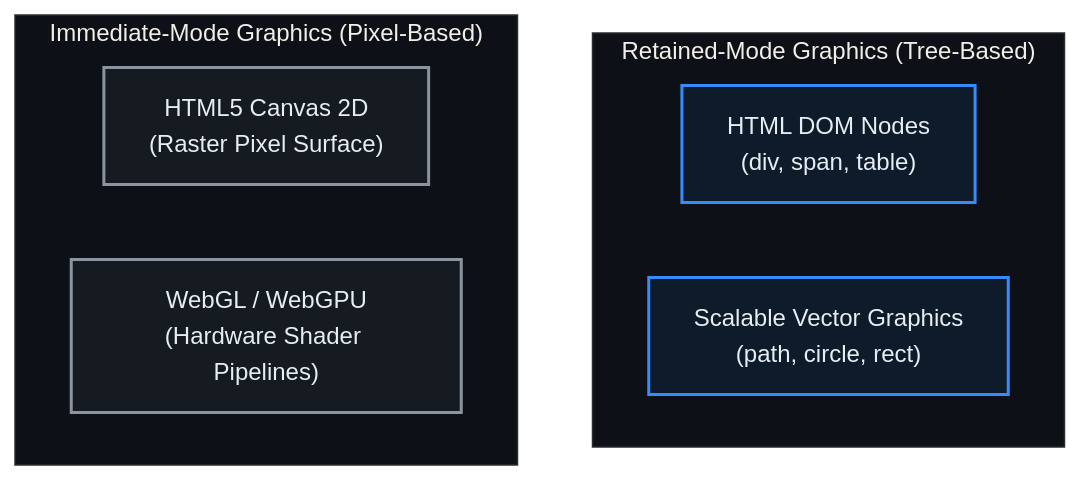
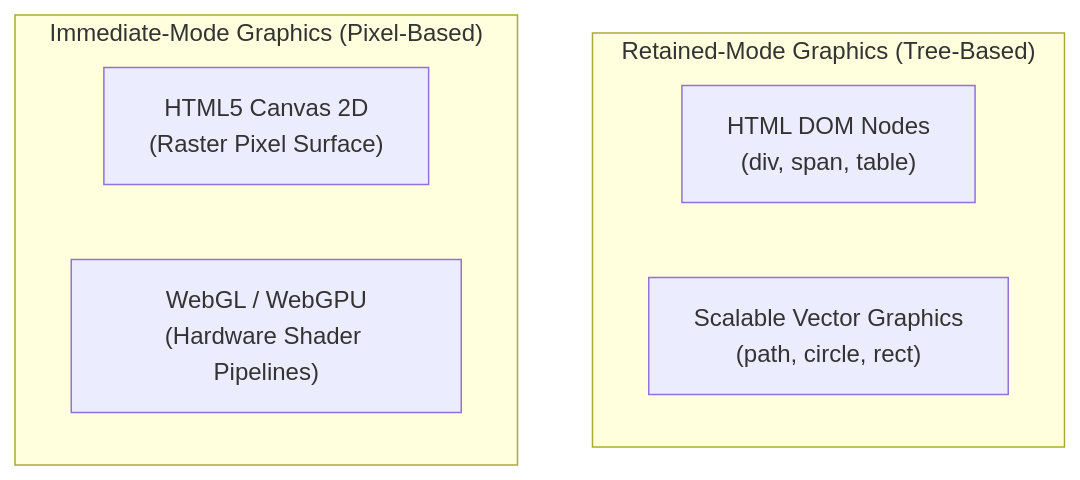
The diagram in docs/00-Domain-Mastery/lessons/14-Browser-Rendering-Engines.md (Novav20/The-Meridian-Grid), drawn with Mermaid before and after one commit. The commit also changed 15 other files, not shown here.

Commit message:
Clean up Mermaid lesson diagrams

````diff
--- a/docs/00-Domain-Mastery/lessons/14-Browser-Rendering-Engines.md
+++ b/docs/00-Domain-Mastery/lessons/14-Browser-Rendering-Engines.md
@@ -69,29 +69,13 @@
 ```mermaid
-%%{init: {
-  'theme': 'base',
-  'themeVariables': {
-    'darkMode': true,
-    'primaryColor': '#1E222B',
-    'primaryTextColor': '#E6EDF3',
-    'primaryBorderColor': '#388BFD',
-    'lineColor': '#388BFD',
-    'secondaryColor': '#16191F',
-    'tertiaryColor': '#0D1117',
-    'edgeLabelBackground': '#16191F'
-  },
-  'themeCSS': '.edgeLabel { color: #E6EDF3 !important; } .edgeLabel rect { fill: #16191F !important; } .label { color: #E6EDF3 !important; } .cluster-label span { color: #E6EDF3 !important; }'
-}}%%
 graph TD
-    classDef retained fill:#0d1b2a,stroke:#388bfd,stroke-width:2px,color:#e6edf3
-    classDef immediate fill:#161b22,stroke:#8b949e,stroke-width:2px,color:#e6edf3
 
     subgraph Retained_Mode ["Retained-Mode Graphics (Tree-Based)"]
-        DOM["HTML DOM Nodes<br/>(div, span, table)"]:::retained
-        SVG["Scalable Vector Graphics<br/>(path, circle, rect)"]:::retained
+        DOM["HTML DOM Nodes<br/>(div, span, table)"]
+        SVG["Scalable Vector Graphics<br/>(path, circle, rect)"]
     end
 
     subgraph Immediate_Mode ["Immediate-Mode Graphics (Pixel-Based)"]
-        C2D["HTML5 Canvas 2D<br/>(Raster Pixel Surface)"]:::immediate
-        GL["WebGL / WebGPU<br/>(Hardware Shader Pipelines)"]:::immediate
+        C2D["HTML5 Canvas 2D<br/>(Raster Pixel Surface)"]
+        GL["WebGL / WebGPU<br/>(Hardware Shader Pipelines)"]
     end
 ```
````
